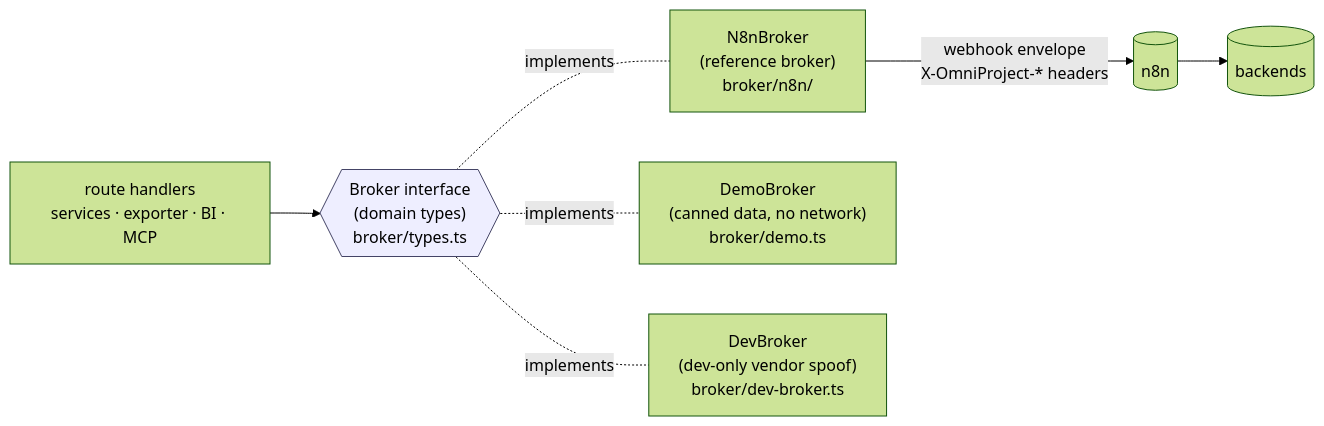
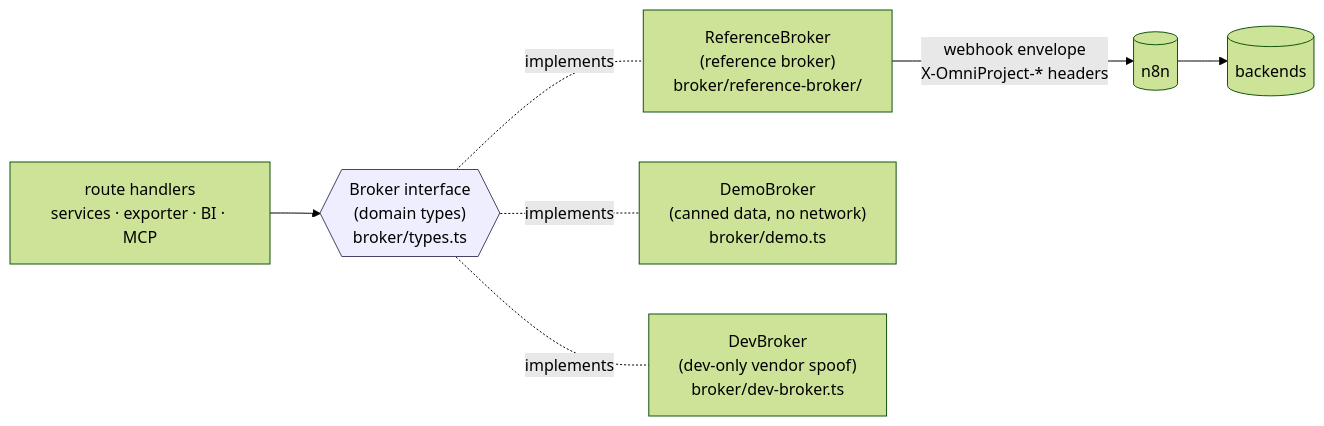
Before and after one commit to walshd1/Omniproject: the second of 4 diagrams in docs/ARCHITECTURE.md, drawn with Mermaid (forest theme). The commit also changed other lines of this file and 21 other files, not shown here.

````diff
--- a/docs/ARCHITECTURE.md
+++ b/docs/ARCHITECTURE.md
@@ -98,12 +98,12 @@
 ```mermaid
 flowchart LR
   R["route handlers<br/>services · exporter · BI · MCP"] --> IF{{"Broker interface<br/>(domain types)<br/>broker/types.ts"}}
-  IF -.implements.- N["N8nBroker<br/>(reference broker)<br/>broker/n8n/"]
+  IF -.implements.- N["ReferenceBroker<br/>(reference broker)<br/>broker/reference-broker/"]
   IF -.implements.- D["DemoBroker<br/>(canned data, no network)<br/>broker/demo.ts"]
   IF -.implements.- V["DevBroker<br/>(dev-only vendor spoof)<br/>broker/dev-broker.ts"]
   N -->|"webhook envelope<br/>X-OmniProject-* headers"| n8n[(n8n)]
   n8n --> BE[(backends)]
 
   classDef seam fill:#eef,stroke:#446;
   class IF seam;
 ```
````
